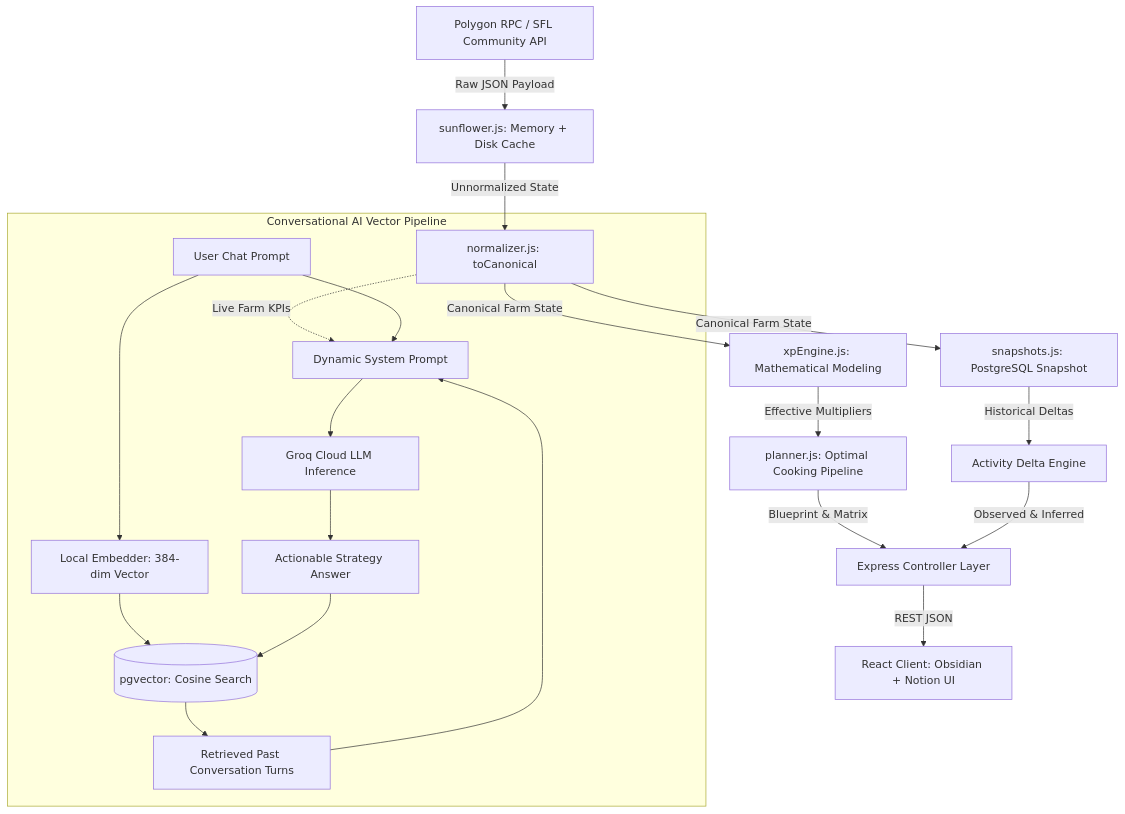
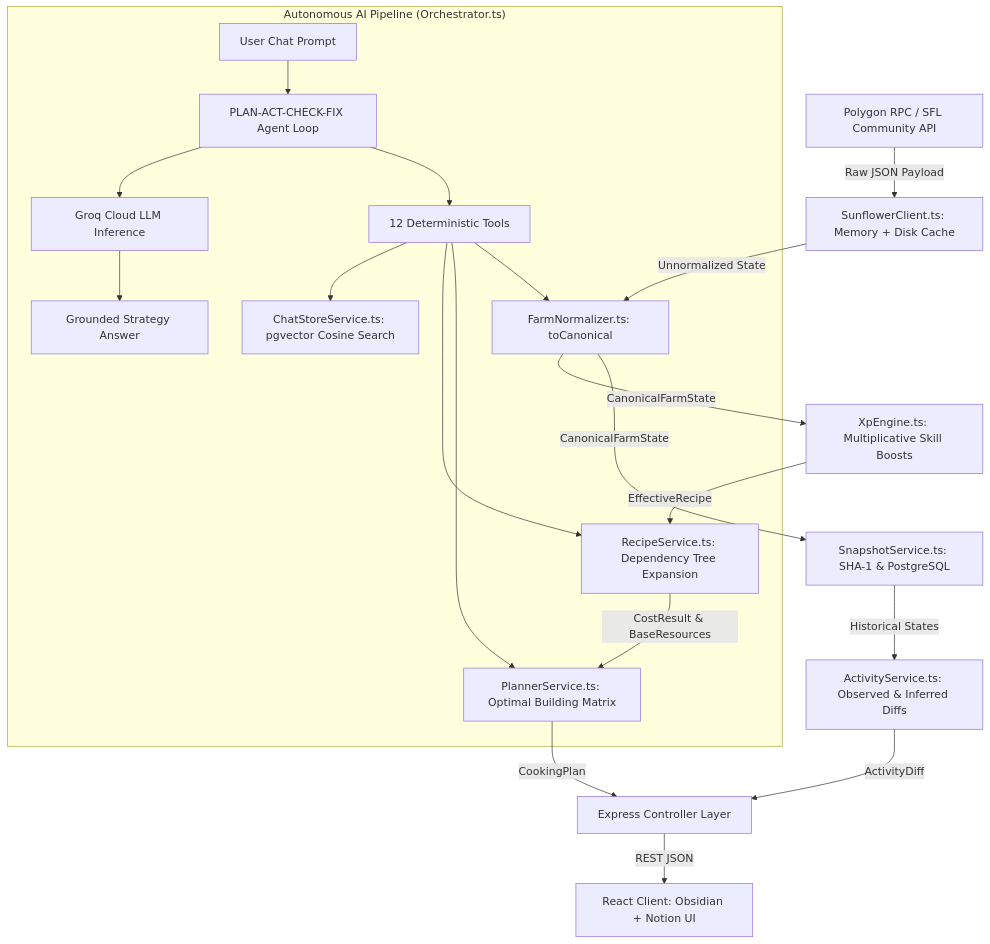
Before and after one commit to subhradip-me/eldric-sfl-ai-companion: the diagram in docs/07_DATA_FLOW.md, drawn with Mermaid. The commit also changed other lines of this file and 12 other files, not shown here.

Commit message:
docs: comprehensive overhaul across docs/ with in-depth TypeScript code snippets and architecture flows

````diff
--- a/docs/07_DATA_FLOW.md
+++ b/docs/07_DATA_FLOW.md
@@ -7,28 +7,28 @@
 ```mermaid
 graph TD
-    Raw[Polygon RPC / SFL Community API] -->|Raw JSON Payload| Cache[sunflower.js: Memory + Disk Cache]
-    Cache -->|Unnormalized State| Norm[normalizer.js: toCanonical]
+    Raw[Polygon RPC / SFL Community API] -->|Raw JSON Payload| Client[SunflowerClient.ts: Memory + Disk Cache]
+    Client -->|Unnormalized State| Norm[FarmNormalizer.ts: toCanonical]
     
-    Norm -->|Canonical Farm State| Snap[snapshots.js: PostgreSQL Snapshot]
-    Norm -->|Canonical Farm State| XPEng[xpEngine.js: Mathematical Modeling]
+    Norm -->|CanonicalFarmState| Snap[SnapshotService.ts: SHA-1 & PostgreSQL]
+    Norm -->|CanonicalFarmState| XPEng[XpEngine.ts: Multiplicative Skill Boosts]
     
-    XPEng -->|Effective Multipliers| Plan[planner.js: Optimal Cooking Pipeline]
+    XPEng -->|EffectiveRecipe| Rec[RecipeService.ts: Dependency Tree Expansion]
+    Rec -->|CostResult & BaseResources| Plan[PlannerService.ts: Optimal Building Matrix]
     
-    Snap -->|Historical Deltas| Activity[Activity Delta Engine]
-    Plan -->|Blueprint & Matrix| API[Express Controller Layer]
-    Activity -->|Observed & Inferred| API
+    Snap -->|Historical States| Activity[ActivityService.ts: Observed & Inferred Diffs]
+    Plan -->|CookingPlan| API[Express Controller Layer]
+    Activity -->|ActivityDiff| API
     
-    API -->|REST JSON| Client[React Client: Obsidian + Notion UI]
+    API -->|REST JSON| UI[React Client: Obsidian + Notion UI]
     
-    subgraph RAG["Conversational AI Vector Pipeline"]
-        UserQ[User Chat Prompt] --> Embed[Local Embedder: 384-dim Vector]
-        Embed --> VectorDB[(pgvector: Cosine Search)]
-        VectorDB --> Context[Retrieved Past Conversation Turns]
-        Norm -.->|Live Farm KPIs| SystemPrompt[Dynamic System Prompt]
-        Context --> SystemPrompt
-        UserQ --> SystemPrompt
-        SystemPrompt --> Groq[Groq Cloud LLM Inference]
-        Groq --> LLMAns[Actionable Strategy Answer]
-        LLMAns --> VectorDB
+    subgraph AgentLoop["Autonomous AI Pipeline (Orchestrator.ts)"]
+        UserQ[User Chat Prompt] --> Agent[PLAN-ACT-CHECK-FIX Agent Loop]
+        Agent --> Tools[12 Deterministic Tools]
+        Tools --> Norm
+        Tools --> Plan
+        Tools --> Rec
+        Tools --> ChatStore[ChatStoreService.ts: pgvector Cosine Search]
+        Agent --> Groq[Groq Cloud LLM Inference]
+        Groq --> FinalAns[Grounded Strategy Answer]
     end
 ```
````
